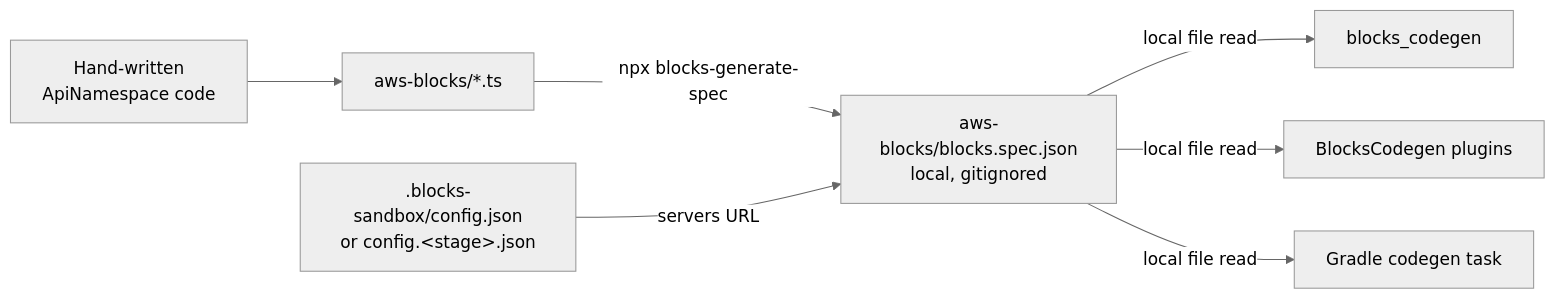
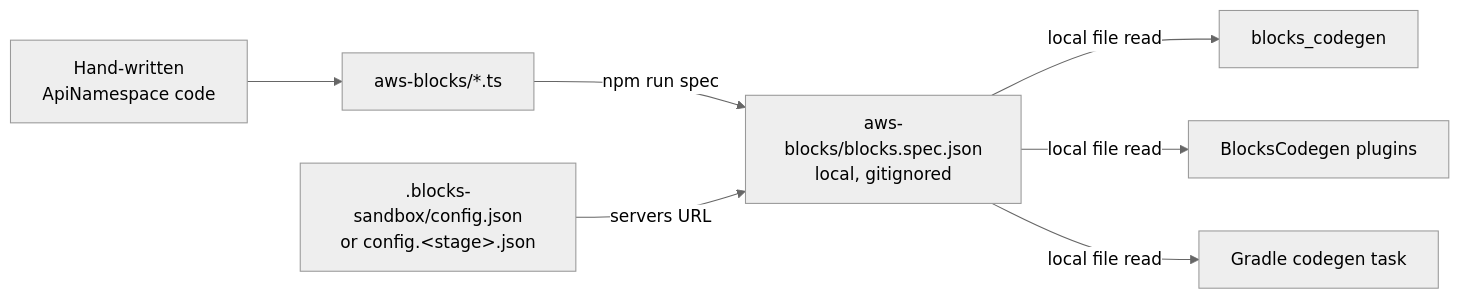
The diagram in docs/native-clients/codegen-design.md (aws-devtools-labs/aws-blocks), drawn with Mermaid (neutral theme) before and after one commit. The commit also changed other lines of this file and 245 other files, not shown here.

First line of the commit message:
feat(blocks)!: run app tasks through package scripts instead of cdk-blocks

````diff
--- a/docs/native-clients/codegen-design.md
+++ b/docs/native-clients/codegen-design.md
@@ -312,9 +312,9 @@
 ```mermaid
 flowchart LR
   App[Hand-written<br/>ApiNamespace code] --> TS[aws-blocks/*.ts]
-  TS -- "npx blocks-generate-spec" --> Spec[aws-blocks/blocks.spec.json<br/>local, gitignored]
+  TS -- "npm run spec" --> Spec[aws-blocks/blocks.spec.json<br/>local, gitignored]
   Sandbox[.blocks-sandbox/config.json<br/>or config.&lt;stage&gt;.json] -- servers URL --> Spec
   Spec -- local file read --> Dart[blocks_codegen]
   Spec -- local file read --> Swift[BlocksCodegen plugins]
   Spec -- local file read --> Kotlin[Gradle codegen task]
 ```
````
